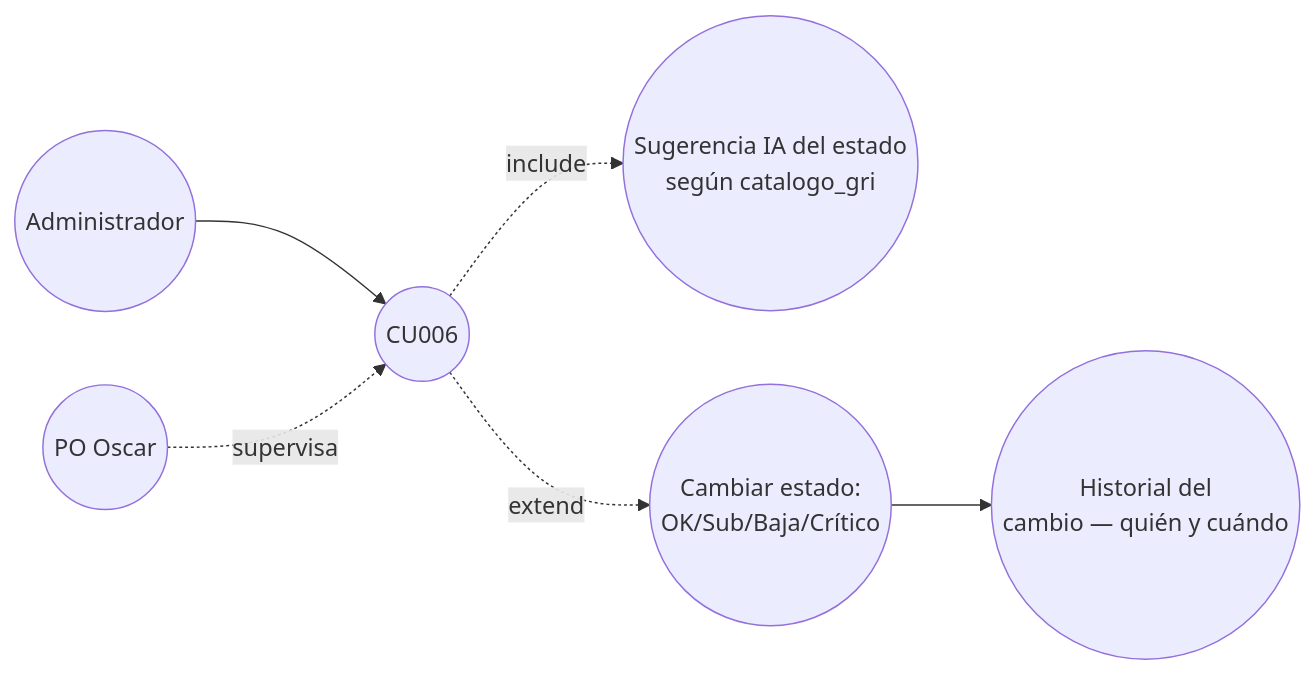
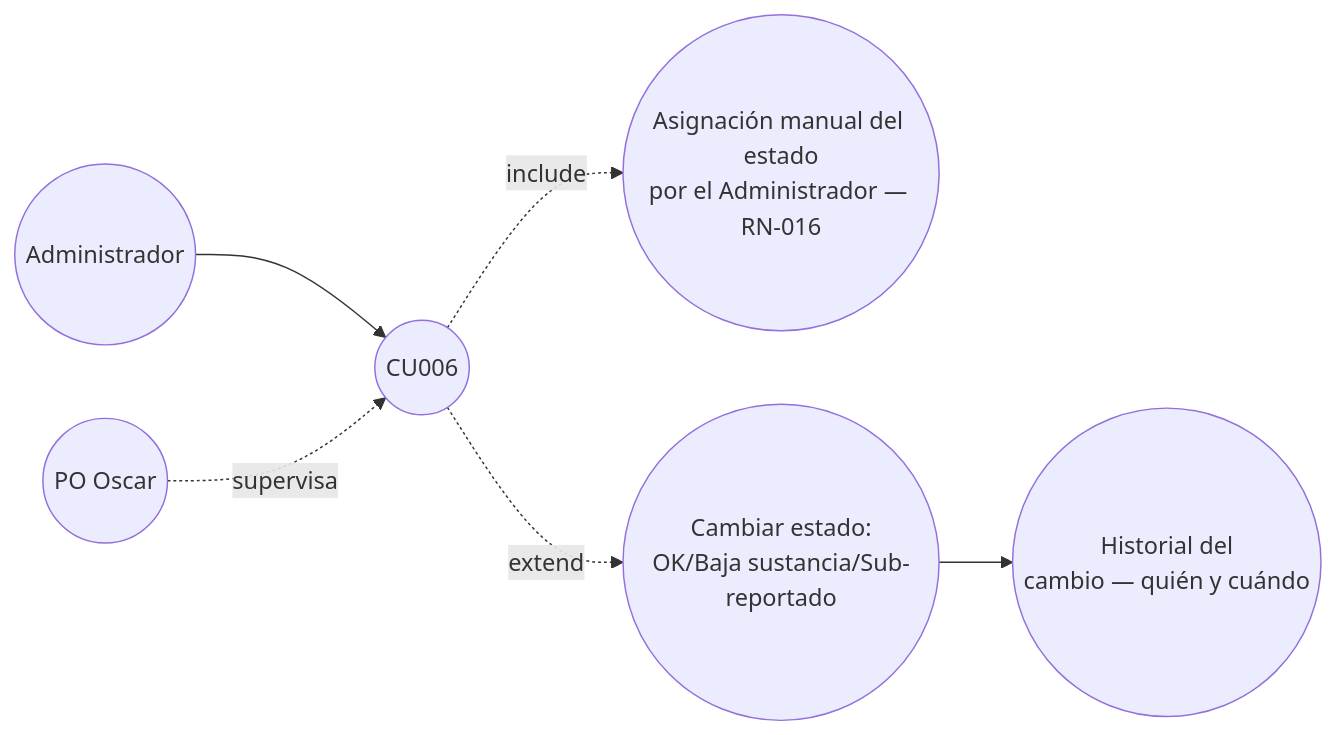
One commit to lFunkwnon01/igualab_md changed the seventh of 10 diagrams in FASE 1/01-Analisis-y-Diseno/07-Casos-de-Uso-Diagrama.md. Above: the diagram before and after it, drawn with Mermaid. The commit also changed other lines of this file and 82 other files, not shown here.

````diff
--- a/FASE 1/01-Analisis-y-Diseno/07-Casos-de-Uso-Diagrama.md
+++ b/FASE 1/01-Analisis-y-Diseno/07-Casos-de-Uso-Diagrama.md
@@ -119,8 +119,8 @@
 ```mermaid
 flowchart LR
   AD(("Administrador")) --> CU006((CU006))
   PO(("PO Oscar")) -. supervisa .-> CU006
-  CU006 -.->|include| SUG((Sugerencia IA del estado<br/>según catalogo_gri))
-  CU006 -.->|extend| CAMB((Cambiar estado:<br/>OK/Sub/Baja/Crítico))
+  CU006 -.->|include| SUG((Asignación manual del estado<br/>por el Administrador — RN-016))
+  CU006 -.->|extend| CAMB((Cambiar estado:<br/>OK/Baja sustancia/Sub-reportado))
   CAMB --> HIST((Historial del<br/>cambio — quién y cuándo))
 ```
````
